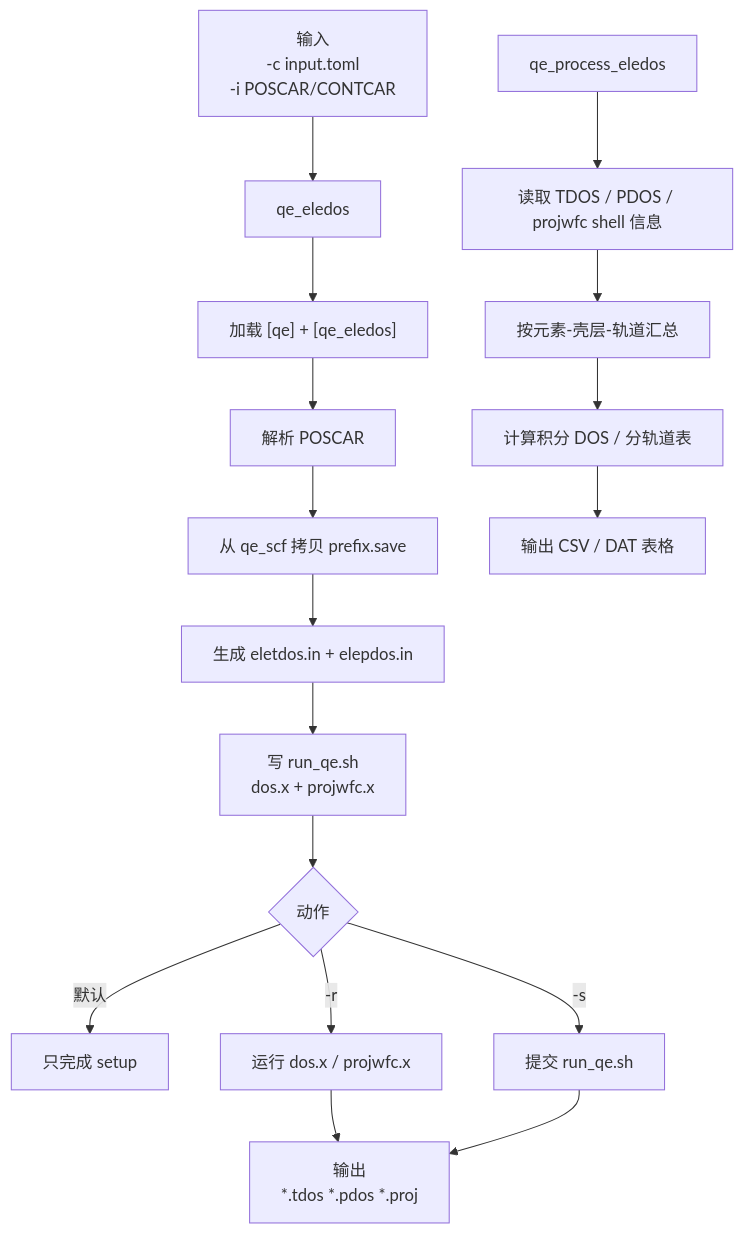
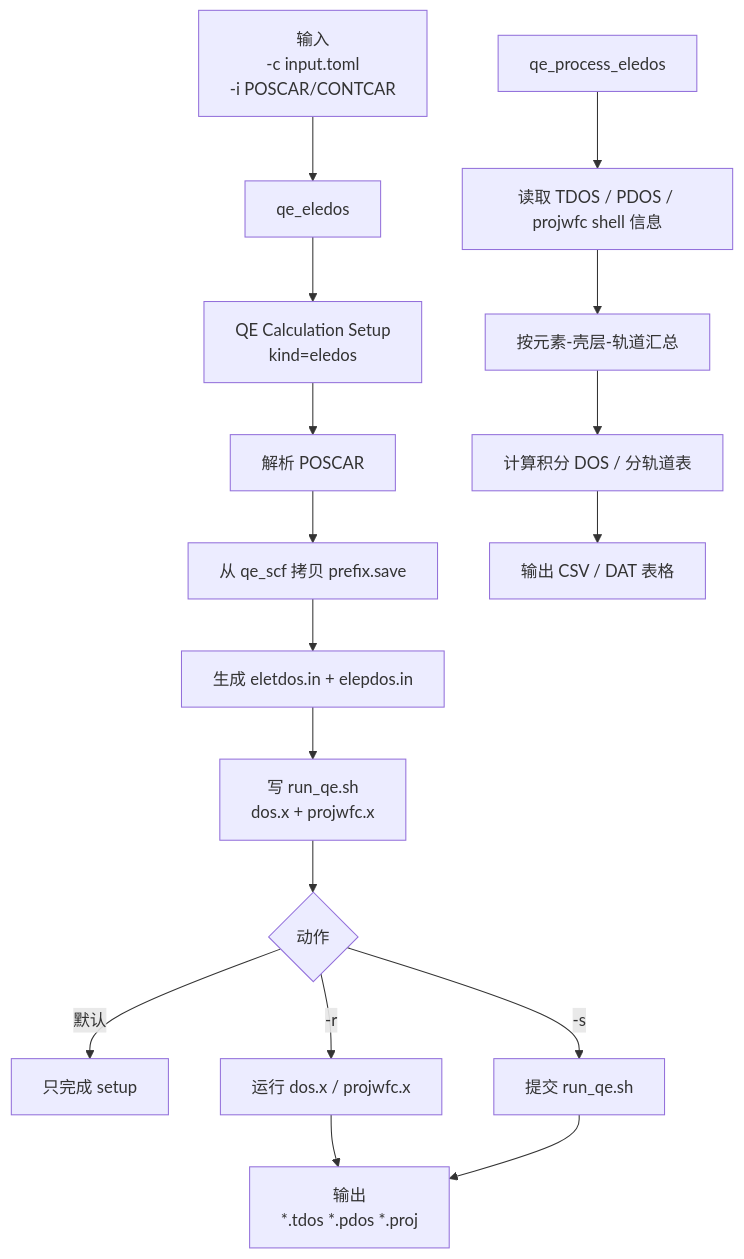
The diagram in qeflow/eledos/eledos-cli-flow.mmd (JLU-ICCMS-MaYuan/dftflow), drawn with Mermaid before and after one commit. The commit also changed 32 other files, not shown here.

```diff
--- a/qeflow/eledos/eledos-cli-flow.mmd
+++ b/qeflow/eledos/eledos-cli-flow.mmd
@@ -1,18 +1,18 @@
 flowchart TD
     A["输入<br/>-c input.toml<br/>-i POSCAR/CONTCAR"] --> B["qe_eledos"]
-    B --> C["加载 [qe] + [qe_eledos]"]
+    B --> C["QE Calculation Setup<br/>kind=eledos"]
     C --> D["解析 POSCAR"]
     D --> E["从 qe_scf 拷贝 prefix.save"]
     E --> F["生成 eletdos.in + elepdos.in"]
     F --> G["写 run_qe.sh<br/>dos.x + projwfc.x"]
     G --> H{"动作"}
     H -->|默认| I["只完成 setup"]
     H -->| -r | J["运行 dos.x / projwfc.x"]
     H -->| -s | K["提交 run_qe.sh"]
     J --> L["输出<br/>*.tdos *.pdos *.proj"]
     K --> L
 
     M["qe_process_eledos"] --> N["读取 TDOS / PDOS / projwfc shell 信息"]
     N --> O["按元素-壳层-轨道汇总"]
     O --> P["计算积分 DOS / 分轨道表"]
     P --> Q["输出 CSV / DAT 表格"]
```
